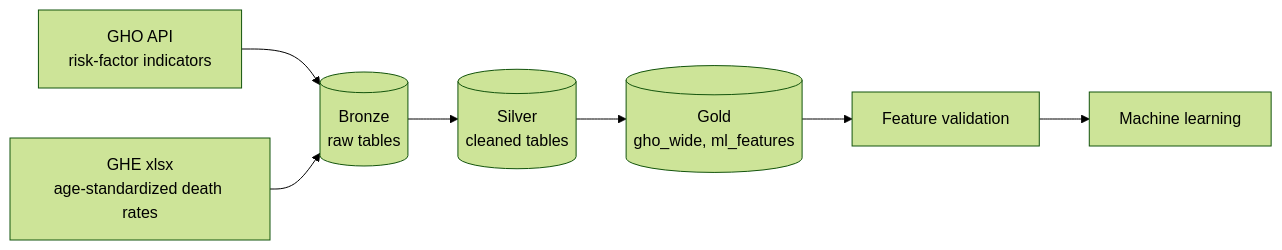
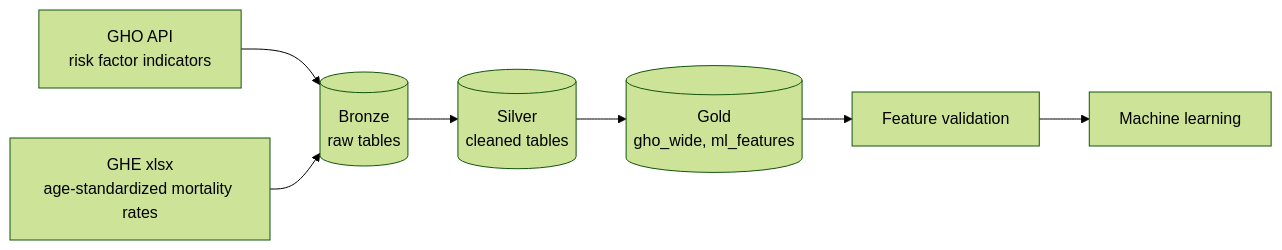
The diagram in README.md (akira-gabriel/Data-Health-FTW), drawn with Mermaid (forest theme) before and after one commit. The commit also changed other lines of this file and 8 other files, not shown here.

````diff
--- a/README.md
+++ b/README.md
@@ -20,9 +20,9 @@
 ```mermaid
 flowchart LR
-    A["GHO API<br/>risk-factor indicators"] --> B[("Bronze<br/>raw tables")]
-    C["GHE xlsx<br/>age-standardized death rates"] --> B
+    A["GHO API<br/>risk factor indicators"] --> B[("Bronze<br/>raw tables")]
+    C["GHE xlsx<br/>age-standardized mortality rates"] --> B
     B --> S[("Silver<br/>cleaned tables")]
     S --> G[("Gold<br/>gho_wide, ml_features")]
     G --> V["Feature validation"]
     V --> M["Machine learning"]
 ```
````
